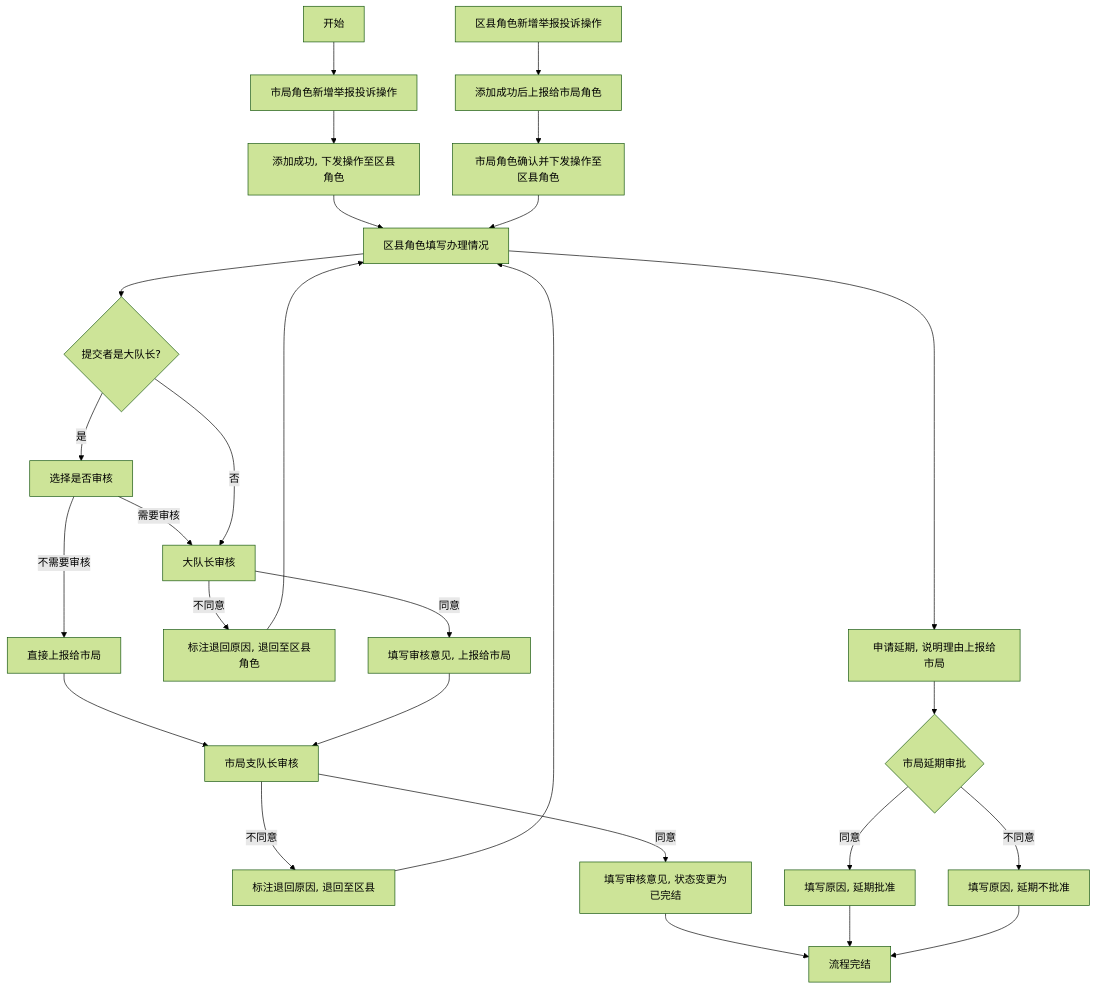
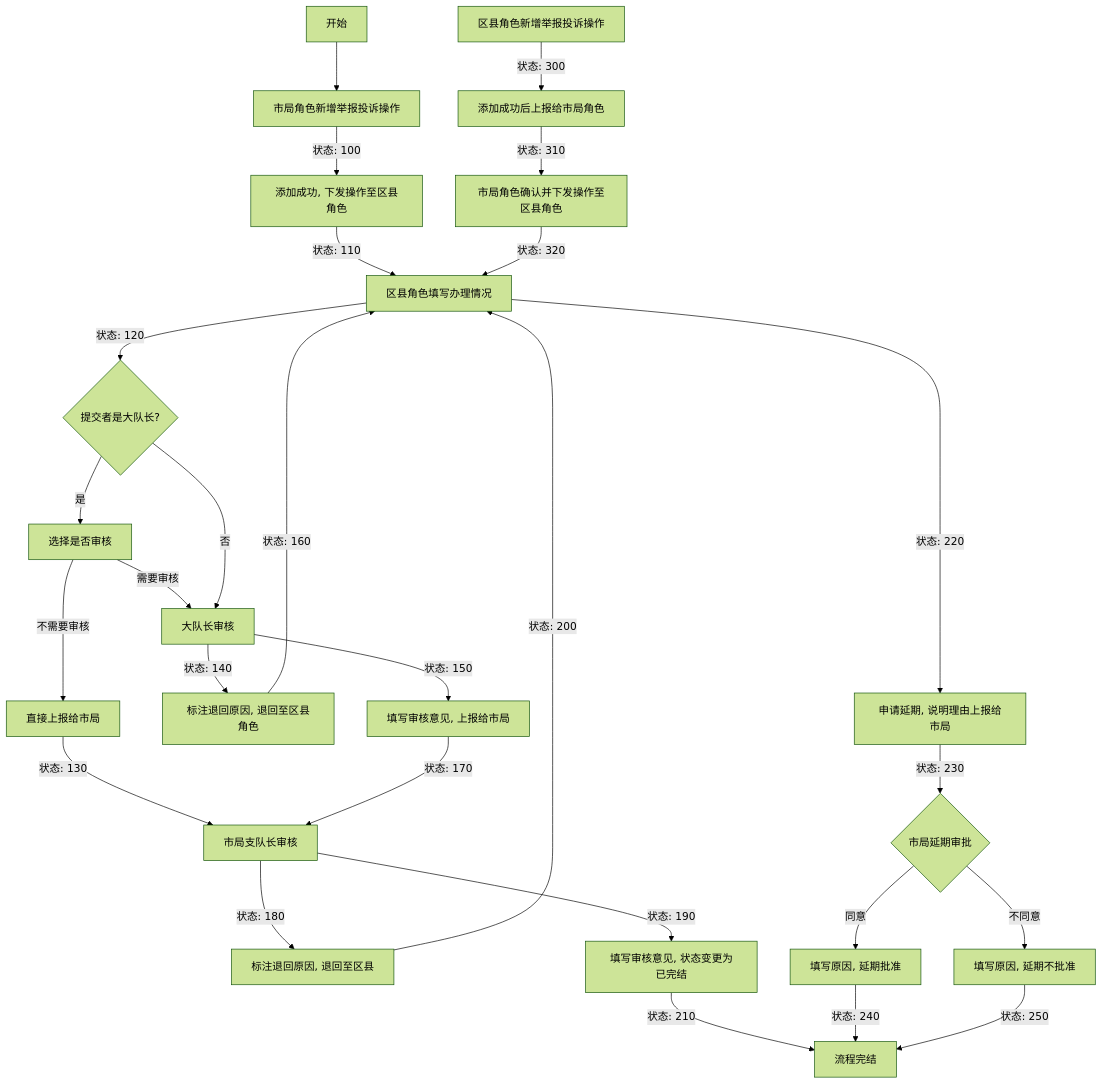
One commit to stackJx/stackedit-app-data changed the diagram in 举报投诉.md. Above: the diagram before and after it, drawn with Mermaid (forest theme). The commit also changed other lines of this file, not shown here.

Commit message:
举报投诉.md updated from https://stackedit.cn/

````diff
--- a/举报投诉.md
+++ b/举报投诉.md
@@ -1,33 +1,33 @@
 ```mermaid
 graph TD;
-    A[开始]
-    A --> B[市局角色新增举报投诉操作]
-    B --> C[添加成功, 下发操作至区县角色]
-    C --> D[区县角色填写办理情况]
-    D --> E{提交者是大队长?}
+    A[开始] --> B[市局角色新增举报投诉操作]
+    B -->|状态: 100| C[添加成功, 下发操作至区县角色]
+    C -->|状态: 110| D[区县角色填写办理情况]
+    D -->|状态: 120| E{提交者是大队长?}
     E -->|是| F[选择是否审核]
     F -->|不需要审核| G[直接上报给市局]
-    G --> L[市局支队长审核]
+    G -->|状态: 130| L[市局支队长审核]
     F -->|需要审核| H[大队长审核]
     E -->|否| H
-    H -->|不同意| I[标注退回原因, 退回至区县角色]
-    H -->|同意| J[填写审核意见, 上报给市局]
-    I --> D
-    J --> L
-    L -->|不同意| M[标注退回原因, 退回至区县]
-    L -->|同意| N[填写审核意见, 状态变更为已完结]
-    M --> D
-    N --> O[流程完结]
-    D --> P[申请延期, 说明理由上报给市局]
-    P --> Q{市局延期审批}
+    H -->|状态: 140| I[标注退回原因, 退回至区县角色]
+    H -->|状态: 150| J[填写审核意见, 上报给市局]
+    I -->|状态: 160| D
+    J -->|状态: 170| L
+    L -->|状态: 180| M[标注退回原因, 退回至区县]
+    L -->|状态: 190| N[填写审核意见, 状态变更为已完结]
+    M -->|状态: 200| D
+    N -->|状态: 210| O[流程完结]
+    D -->|状态: 220| P[申请延期, 说明理由上报给市局]
+    P -->|状态: 230| Q{市局延期审批}
     Q -->|同意| R[填写原因, 延期批准]
     Q -->|不同意| S[填写原因, 延期不批准]
-    R --> O
-    S --> O
+    R -->|状态: 240| O
+    S -->|状态: 250| O
 
-    T[区县角色新增举报投诉操作] --> U[添加成功后上报给市局角色]
-    U --> V[市局角色确认并下发操作至区县角色]
-    V --> D
+    T[区县角色新增举报投诉操作] -->|状态: 300| U[添加成功后上报给市局角色]
+    U -->|状态: 310| V[市局角色确认并下发操作至区县角色]
+    V -->|状态: 320| D
+
 
 
 ```
````
